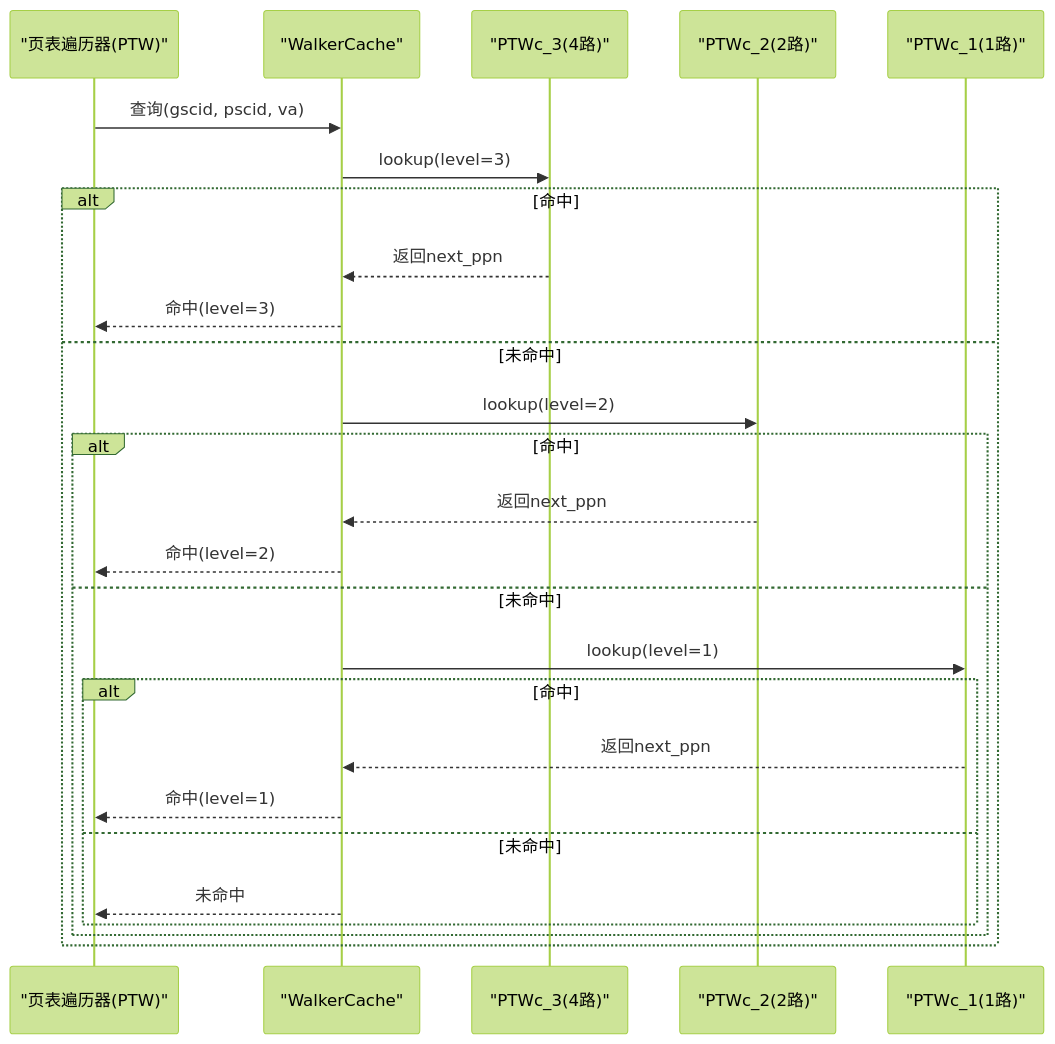
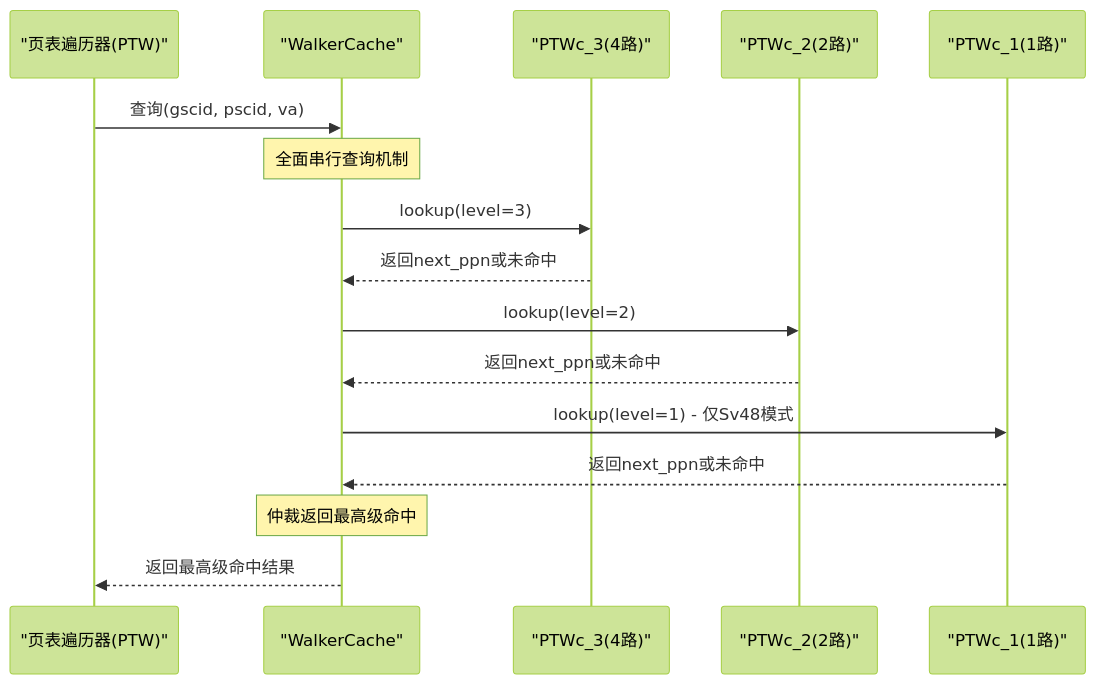
The second of 7 diagrams in .qoder/repowiki/zh/content/缓存系统架构/页表遍历缓存(Walker Cache).md (jiangjiang1122/iommu_model_20260401_v1), drawn with Mermaid (forest theme) before and after one commit. The commit also changed other lines of this file and 48 other files, not shown here.

````diff
--- a/.qoder/repowiki/zh/content/缓存系统架构/页表遍历缓存(Walker Cache).md
+++ b/.qoder/repowiki/zh/content/缓存系统架构/页表遍历缓存(Walker Cache).md
@@ -103,28 +107,18 @@
 ```mermaid
 sequenceDiagram
 participant PTW as "页表遍历器(PTW)"
 participant WC as "WalkerCache"
 participant PTWC3 as "PTWc_3(4路)"
 participant PTWC2 as "PTWc_2(2路)"
 participant PTWC1 as "PTWc_1(1路)"
 PTW->>WC : 查询(gscid, pscid, va)
+Note over WC : 全面串行查询机制
 WC->>PTWC3 : lookup(level=3)
-alt 命中
-PTWC3-->>WC : 返回next_ppn
-WC-->>PTW : 命中(level=3)
-else 未命中
+PTWC3-->>WC : 返回next_ppn或未命中
 WC->>PTWC2 : lookup(level=2)
-alt 命中
-PTWC2-->>WC : 返回next_ppn
-WC-->>PTW : 命中(level=2)
-else 未命中
-WC->>PTWC1 : lookup(level=1)
-alt 命中
-PTWC1-->>WC : 返回next_ppn
-WC-->>PTW : 命中(level=1)
-else 未命中
-WC-->>PTW : 未命中
-end
-end
-end
+PTWC2-->>WC : 返回next_ppn或未命中
+WC->>PTWC1 : lookup(level=1) - 仅Sv48模式
+PTWC1-->>WC : 返回next_ppn或未命中
+Note over WC : 仲裁返回最高级命中
+WC-->>PTW : 返回最高级命中结果
 ```
````
